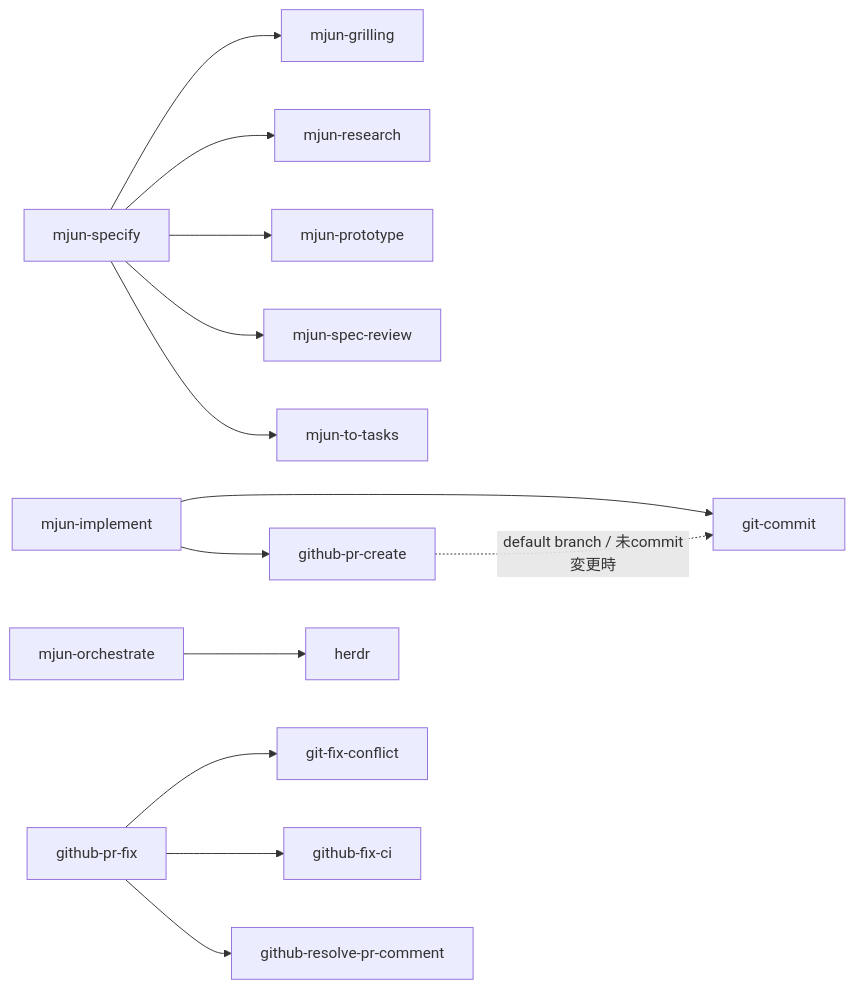
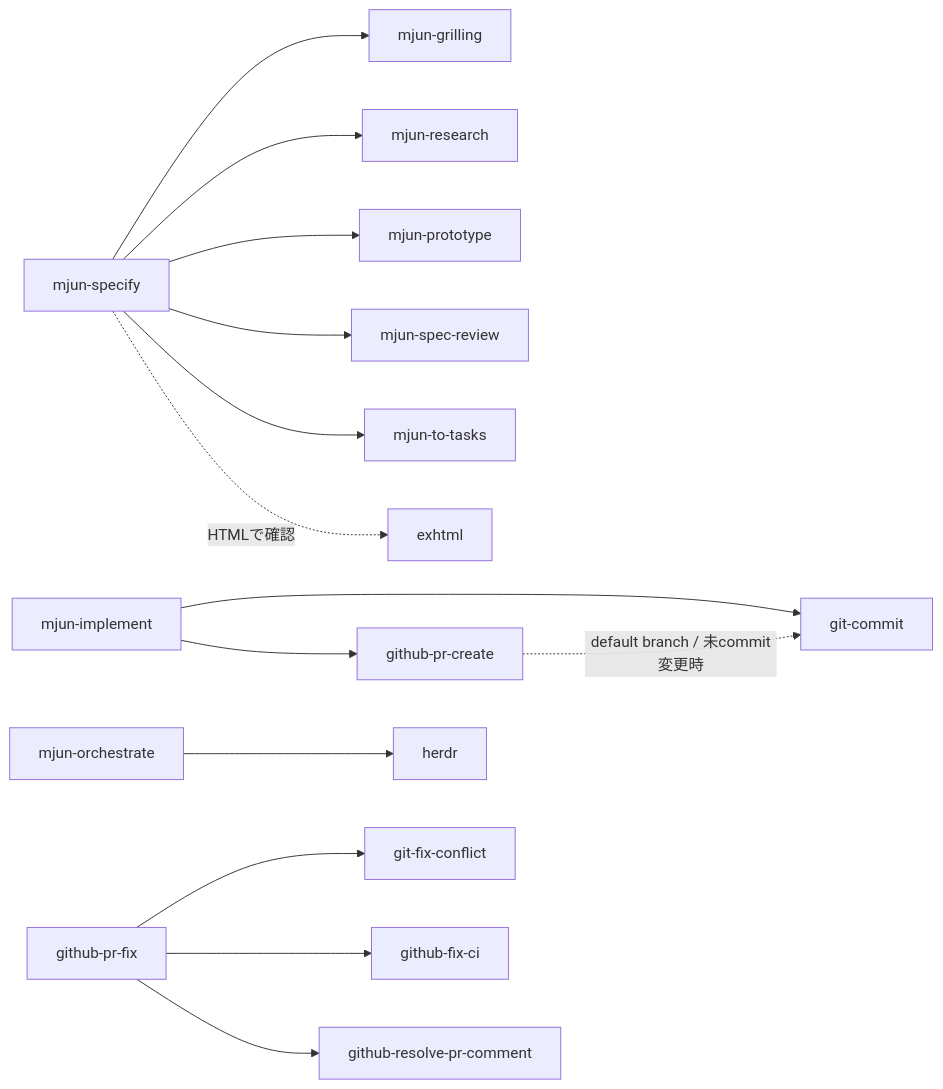
Before and after one commit to mjun0812/dotfiles: the diagram in doc/skills_ja.md, drawn with Mermaid. The commit also changed other lines of this file and 10 other files, not shown here.

First line of the commit message:
feat: add an HTML review option to mjun-specify and resolve glossary/ADR location by existence (#109)

````diff
--- a/doc/skills_ja.md
+++ b/doc/skills_ja.md
@@ -130,19 +130,20 @@
 ```mermaid
 graph LR
     github-pr-create -. default branch / 未commit変更時 .-> git-commit
 
     mjun-specify --> mjun-grilling
     mjun-specify --> mjun-research
     mjun-specify --> mjun-prototype
     mjun-specify --> mjun-spec-review
     mjun-specify --> mjun-to-tasks
+    mjun-specify -. HTMLで確認 .-> exhtml
 
     mjun-implement --> git-commit
     mjun-implement --> github-pr-create
 
     mjun-orchestrate --> herdr
 
     github-pr-fix --> git-fix-conflict
     github-pr-fix --> github-fix-ci
     github-pr-fix --> github-resolve-pr-comment
 ```
````
